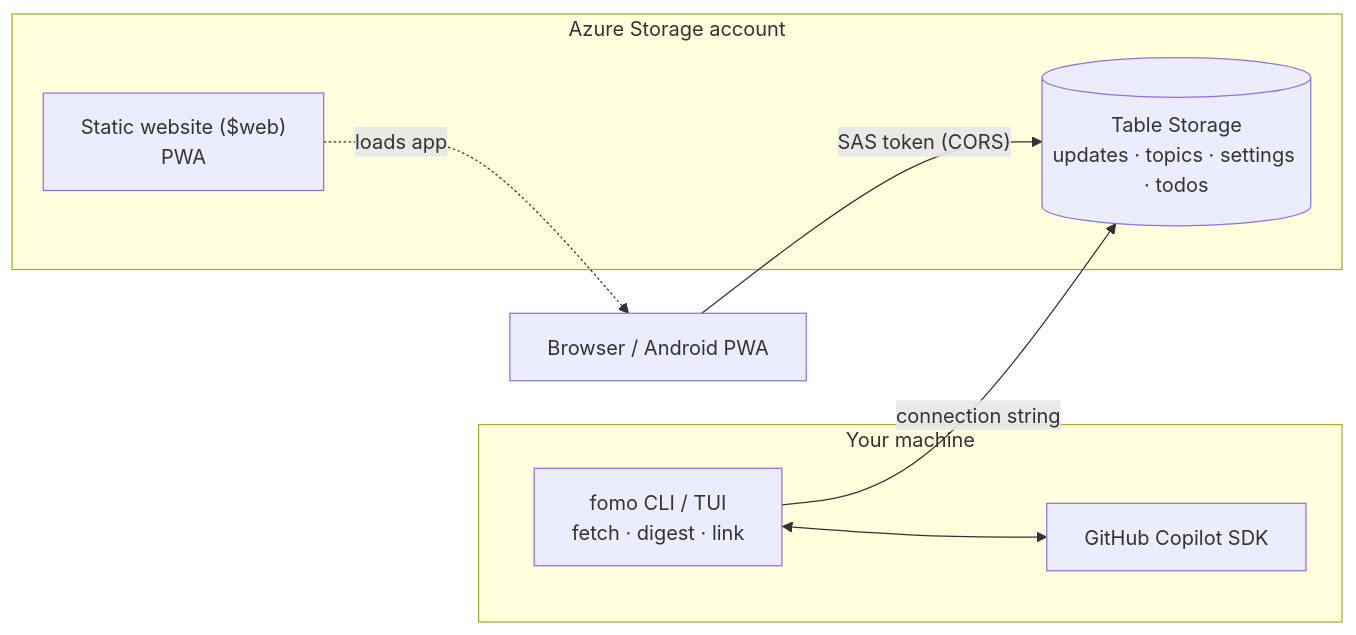
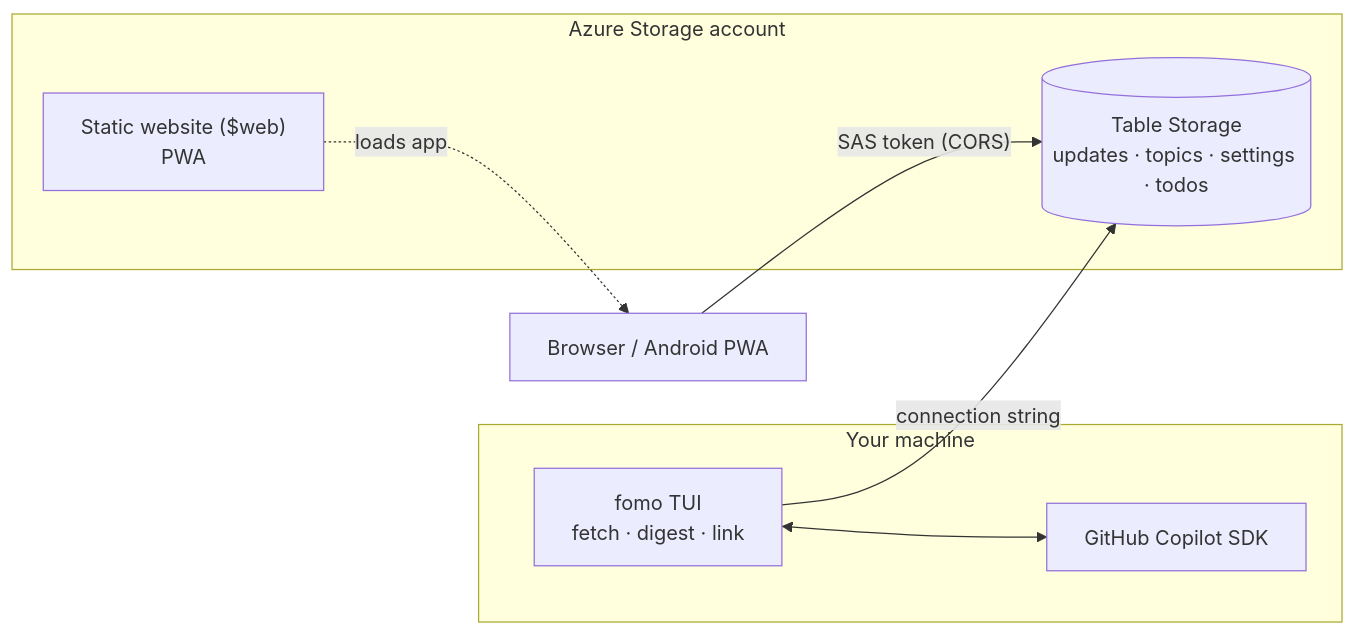
One commit to ahelal/fomo changed the diagram in README.md. Above: the diagram before and after it, drawn with Mermaid. The commit also changed other lines of this file and 50 other files, not shown here.

First line of the commit message:
Replace CLI with TUI-only app; show single-item groups inline

````diff
--- a/README.md
+++ b/README.md
@@ -38,17 +38,17 @@
 ```mermaid
 flowchart LR
   subgraph laptop[Your machine]
-    CLI["fomo CLI / TUI<br/>fetch · digest · link"]
+    TUI["fomo TUI<br/>fetch · digest · link"]
     Copilot["GitHub Copilot SDK"]
   end
   subgraph azure[Azure Storage account]
     Tables[("Table Storage<br/>updates · topics · settings · todos")]
     Web["Static website ($web)<br/>PWA"]
   end
   Phone["Browser / Android PWA"]
 
-  CLI -- "connection string" --> Tables
-  CLI <--> Copilot
+  TUI -- "connection string" --> Tables
+  TUI <--> Copilot
   Web -. "loads app" .-> Phone
   Phone -- "SAS token (CORS)" --> Tables
 ```
````
